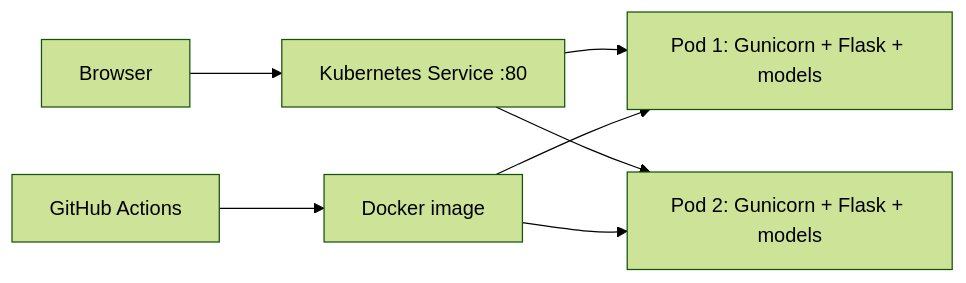
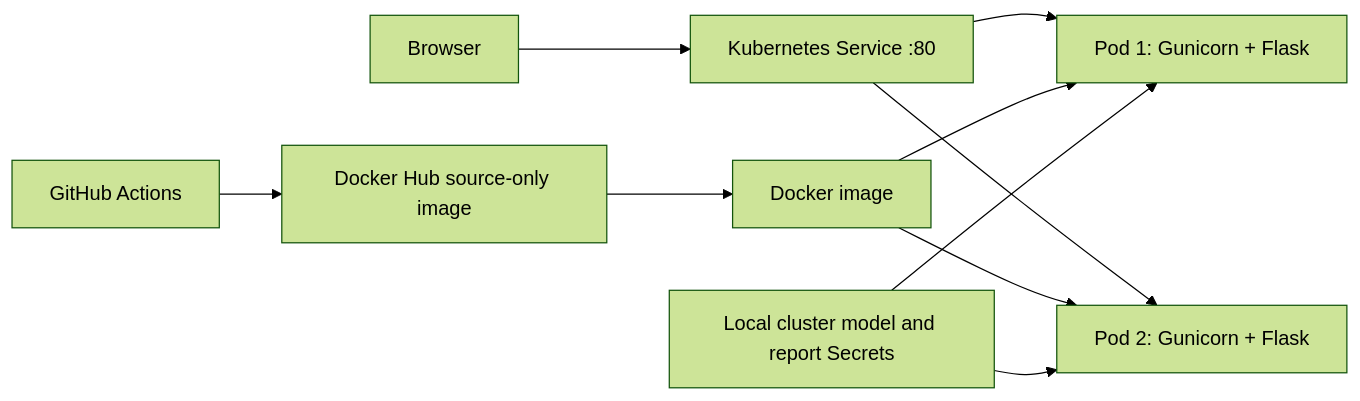
One commit to aryanvinju/SE_MINPROJ changed the second of 4 diagrams in docs/Architecture_Design.md. Above: the diagram before and after it, drawn with Mermaid (forest theme). The commit also changed other lines of this file and 8 other files, not shown here.

Commit message:
Add Docker Hub publishing and Kubernetes artifact mounts

````diff
--- a/docs/Architecture_Design.md
+++ b/docs/Architecture_Design.md
@@ -38,9 +38,12 @@
 ```mermaid
 flowchart LR
   User[Browser] --> Service[Kubernetes Service :80]
-  Service --> Pod1[Pod 1: Gunicorn + Flask + models]
-  Service --> Pod2[Pod 2: Gunicorn + Flask + models]
-  CI[GitHub Actions] --> Image[Docker image]
+  Service --> Pod1[Pod 1: Gunicorn + Flask]
+  Service --> Pod2[Pod 2: Gunicorn + Flask]
+  CI[GitHub Actions] --> Hub[Docker Hub source-only image]
+  Hub --> Image[Docker image]
   Image --> Pod1
   Image --> Pod2
+  Secrets[Local cluster model and report Secrets] --> Pod1
+  Secrets --> Pod2
 ```
````
